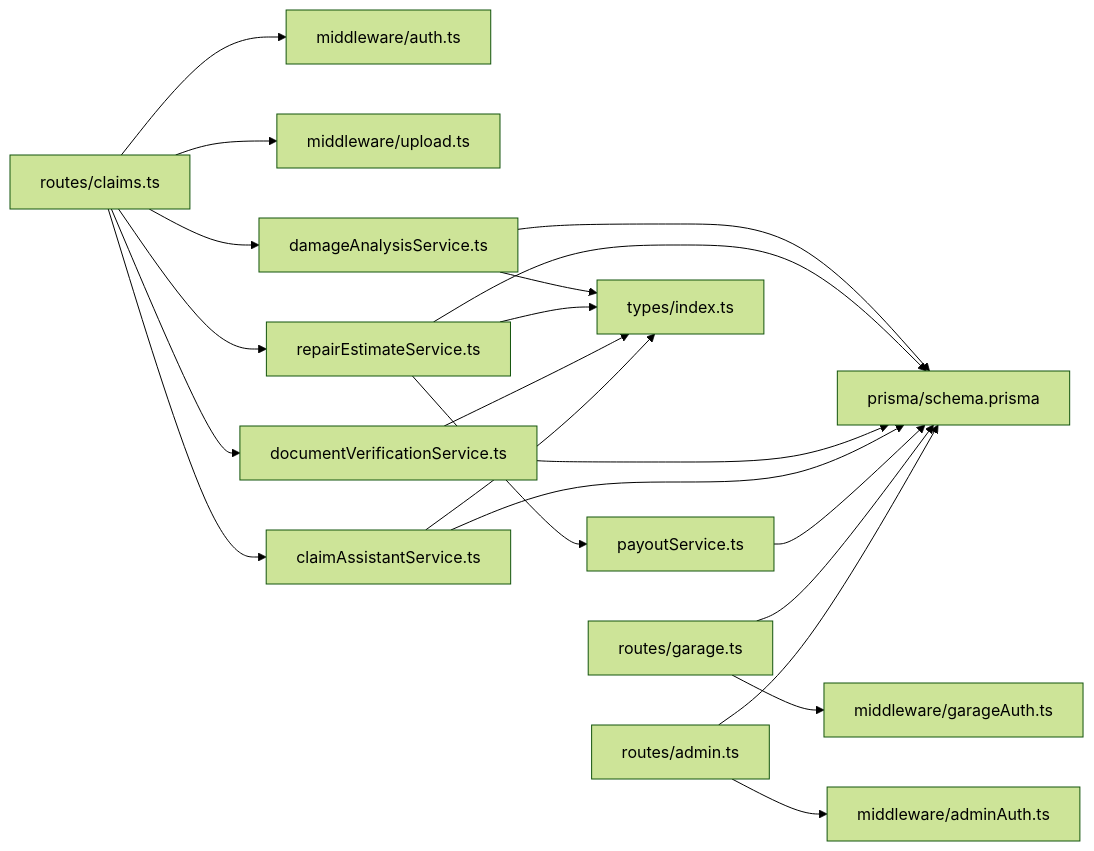
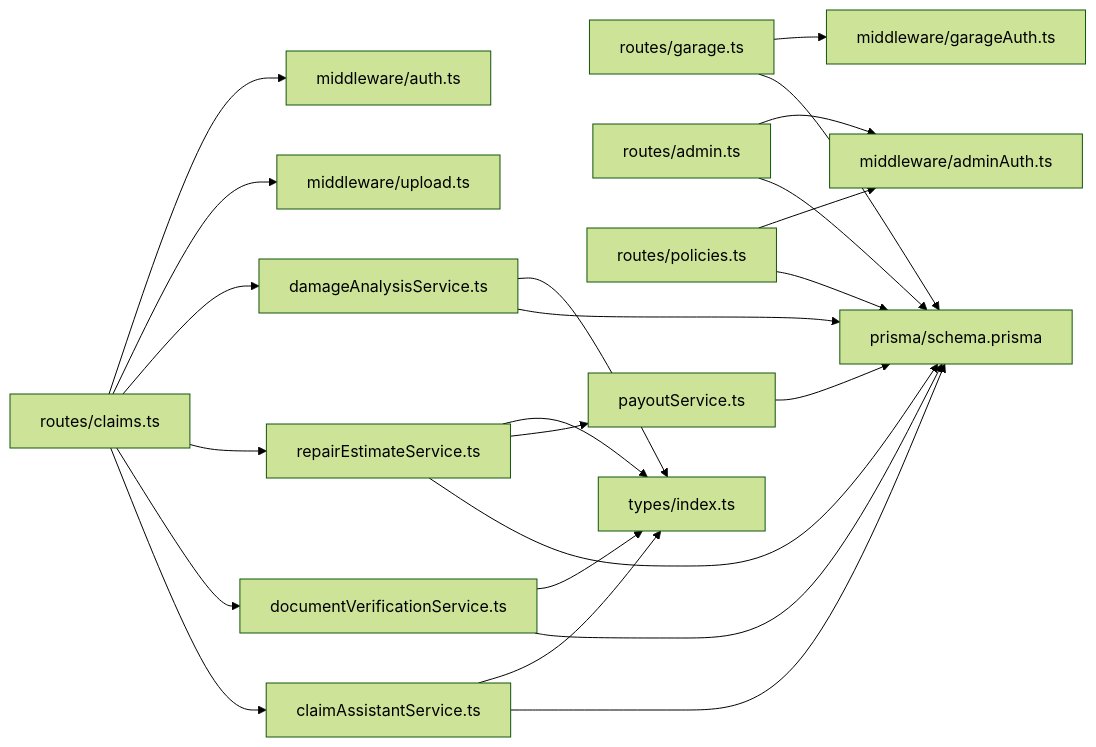
One commit to NaveenHiranya/Smart-Vehicle-Insurance-Claim-System changed diagram 16 of 16 in .qoder/repowiki/en/content/Business Logic Layer/Claims Processing Workflow.md. Above: the diagram before and after it, drawn with Mermaid (forest theme). The commit also changed other lines of this file and 21 other files, not shown here.

````diff
--- a/.qoder/repowiki/en/content/Business Logic Layer/Claims Processing Workflow.md
+++ b/.qoder/repowiki/en/content/Business Logic Layer/Claims Processing Workflow.md
@@ -515,23 +605,25 @@
 ```mermaid
 graph LR
 R["routes/claims.ts"] --> M1["middleware/auth.ts"]
 R --> M2["middleware/upload.ts"]
 R --> S1["damageAnalysisService.ts"]
 R --> S2["repairEstimateService.ts"]
 R --> S3["documentVerificationService.ts"]
 R --> S4["claimAssistantService.ts"]
 R_G["routes/garage.ts"] --> MG["middleware/garageAuth.ts"]
 R_A["routes/admin.ts"] --> MA["middleware/adminAuth.ts"]
+R_P["routes/policies.ts"] --> MA
 S1 --> T["types/index.ts"]
 S2 --> T
 S2 --> S5["payoutService.ts"]
 S3 --> T
 S4 --> T
 S1 --> P["prisma/schema.prisma"]
 S2 --> P
 S3 --> P
 S4 --> P
 S5 --> P
 R_G --> P
 R_A --> P
+R_P --> P
 ```
````
